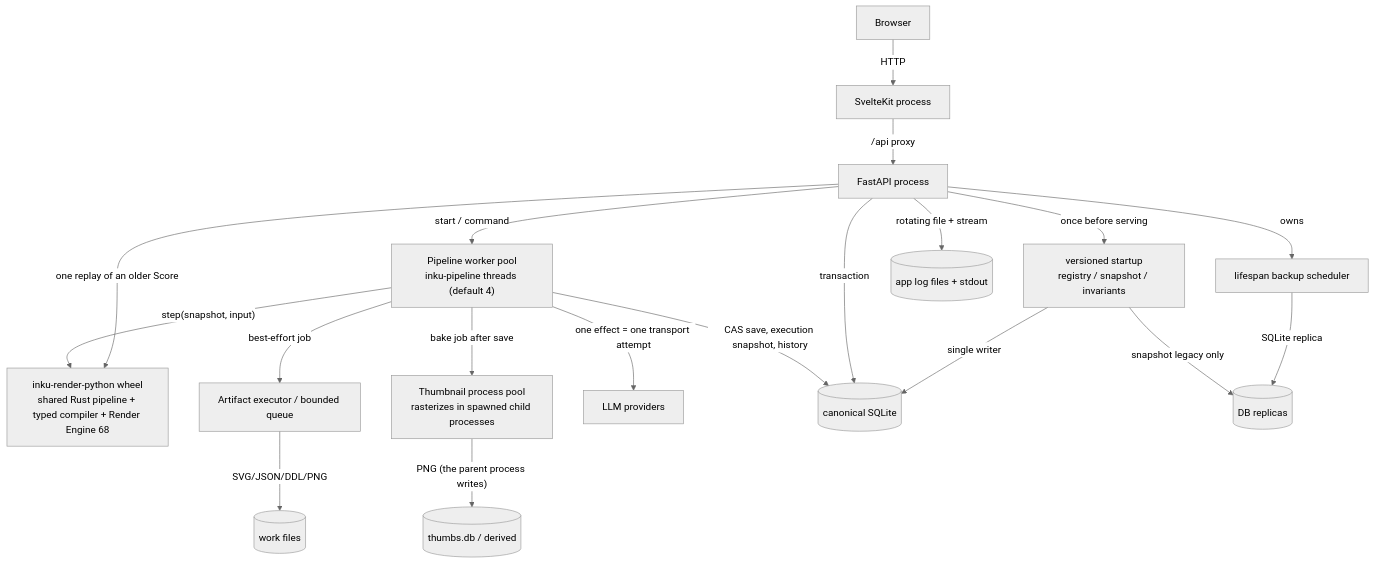
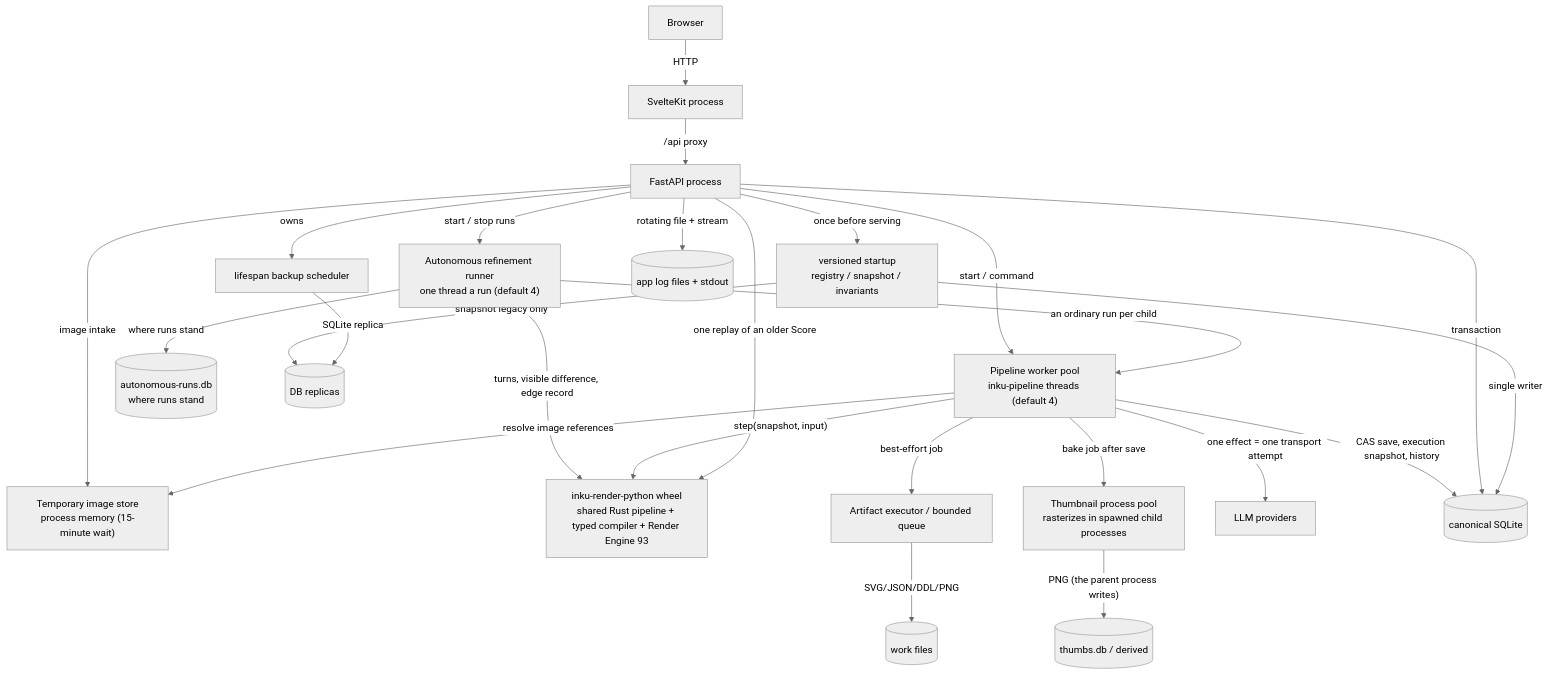
One commit to oikawas/inku-lang changed the first of 2 diagrams in docs/architecture/runtime-containers.md. Above: the diagram before and after it, drawn with Mermaid (neutral theme). The commit also changed other lines of this file and 27 other files, not shown here.

First line of the commit message:
Bring the architecture documents up to the current core

````diff
--- a/docs/architecture/runtime-containers.md
+++ b/docs/architecture/runtime-containers.md
@@ -7,37 +7,46 @@
 ```mermaid
 flowchart TB
     BROWSER["Browser"]
     WEB_PROC["SvelteKit process"]
     API_PROC["FastAPI process"]
     PIPE_POOL["Pipeline worker pool\ninku-pipeline threads (default 4)"]
-    NATIVE["inku-render-python wheel\nshared Rust pipeline + typed compiler + Render Engine 68"]
+    AUTO_POOL["Autonomous refinement runner\none thread a run (default 4)"]
+    IMAGE_STORE["Temporary image store\nprocess memory (15-minute wait)"]
+    NATIVE["inku-render-python wheel\nshared Rust pipeline + typed compiler + Render Engine 93"]
     SAVE_POOL["Artifact executor / bounded queue"]
     THUMB_POOL["Thumbnail process pool\nrasterizes in spawned child processes"]
     BACKUP_TASK["lifespan backup scheduler"]
     MIGRATION["versioned startup\nregistry / snapshot / invariants"]
     PROVIDERS["LLM providers"]
     DB[("canonical SQLite")]
+    RUNS_DB[("autonomous-runs.db\nwhere runs stand")]
     THUMBS[("thumbs.db / derived")]
     OUTPUTS[("work files")]
     BACKUPS[("DB replicas")]
     LOGS[("app log files + stdout")]
 
     BROWSER -->|"HTTP"| WEB_PROC
     WEB_PROC -->|"/api proxy"| API_PROC
     API_PROC -->|"start / command"| PIPE_POOL
+    API_PROC -->|"image intake"| IMAGE_STORE
+    PIPE_POOL -->|"resolve image references"| IMAGE_STORE
+    API_PROC -->|"start / stop runs"| AUTO_POOL
+    AUTO_POOL -->|"an ordinary run per child"| PIPE_POOL
+    AUTO_POOL -->|"turns, visible difference, edge record"| NATIVE
+    AUTO_POOL -->|"where runs stand"| RUNS_DB
     PIPE_POOL -->|"step(snapshot, input)"| NATIVE
     PIPE_POOL -->|"one effect = one transport attempt"| PROVIDERS
     PIPE_POOL -->|"CAS save, execution snapshot, history"| DB
     API_PROC -->|"one replay of an older Score"| NATIVE
     API_PROC -->|"transaction"| DB
     API_PROC -->|"once before serving"| MIGRATION
     MIGRATION -->|"single writer"| DB
     MIGRATION -->|"snapshot legacy only"| BACKUPS
     PIPE_POOL -->|"best-effort job"| SAVE_POOL
     SAVE_POOL -->|"SVG/JSON/DDL/PNG"| OUTPUTS
     PIPE_POOL -->|"bake job after save"| THUMB_POOL
     THUMB_POOL -->|"PNG (the parent process writes)"| THUMBS
     API_PROC -->|"owns"| BACKUP_TASK
     BACKUP_TASK -->|"SQLite replica"| BACKUPS
     API_PROC -->|"rotating file + stream"| LOGS
 ```
````
